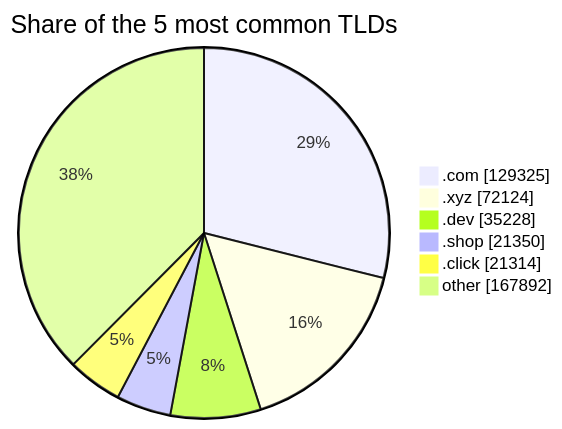
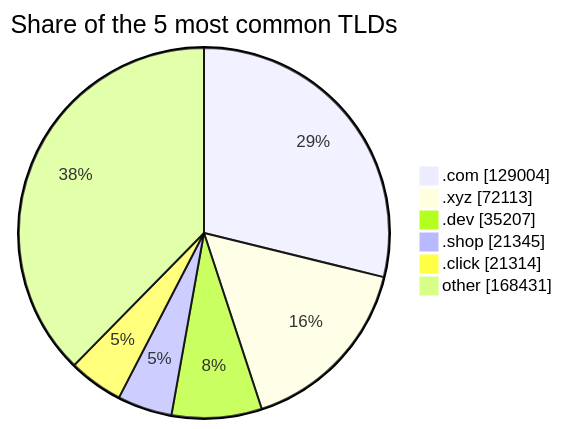
Before and after one commit to DNSBunker/CTI: the third of 3 diagrams in README.md, drawn with Mermaid. The commit also changed other lines of this file and 3 other files, not shown here.

````diff
--- a/README.md
+++ b/README.md
@@ -81,9 +81,9 @@
 ```mermaid
 pie showData title Share of the 5 most common TLDs
-    ".com" : 129325
-    ".xyz" : 72124
-    ".dev" : 35228
-    ".shop" : 21350
+    ".com" : 129004
+    ".xyz" : 72113
+    ".dev" : 35207
+    ".shop" : 21345
     ".click" : 21314
-    "other" : 167892
+    "other" : 168431
 ```
````
